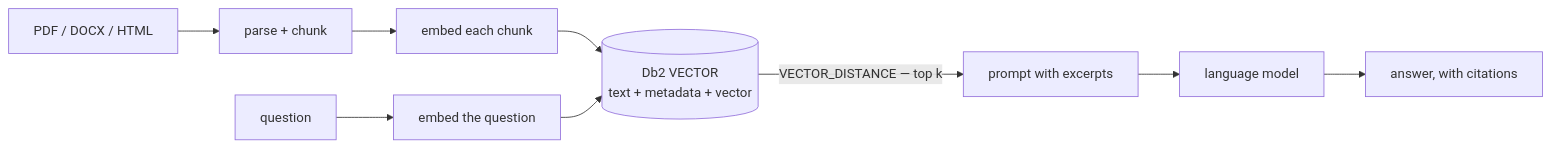
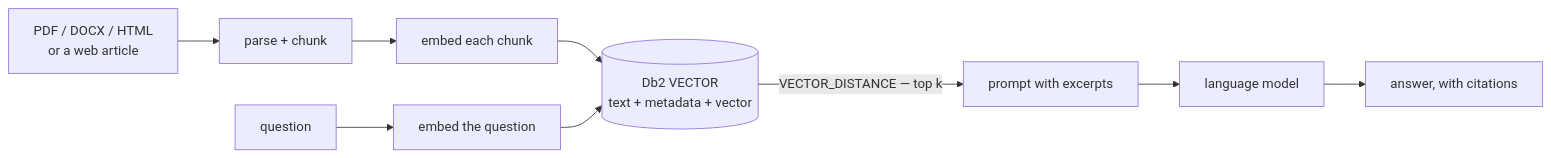
One commit to IBM/db2-ai-cookbook changed the diagram in 03-rag/README.md. Above: the diagram before and after it, drawn with Mermaid. The commit also changed other lines of this file and 4 other files, not shown here.

````diff
--- a/03-rag/README.md
+++ b/03-rag/README.md
@@ -17,11 +17,11 @@
 ```mermaid
 flowchart LR
-    DOC["PDF / DOCX / HTML"] --> PARSE["parse + chunk"]
+    DOC["PDF / DOCX / HTML<br/>or a web article"] --> PARSE["parse + chunk"]
     PARSE --> EMB["embed each chunk"]
     EMB --> DB[("Db2 VECTOR<br/>text + metadata + vector")]
     Q["question"] --> QEMB["embed the question"]
     QEMB --> DB
     DB -->|"VECTOR_DISTANCE — top k"| PROMPT["prompt with excerpts"]
     PROMPT --> LLM["language model"]
     LLM --> ANS["answer, with citations"]
 ```
````
